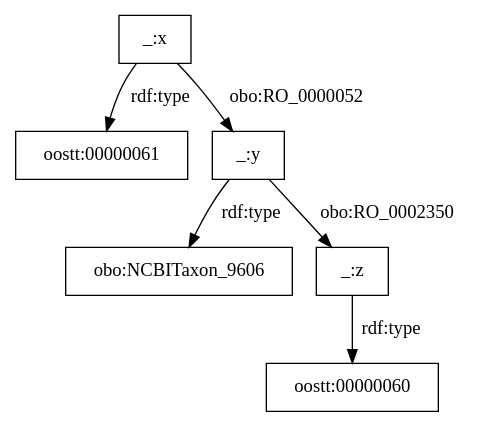
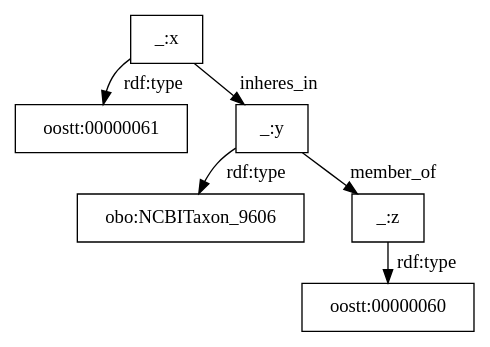
Before and after one commit to utecht/dideo-server: the diagram in cafe/graphs/9.dot, drawn with Graphviz. The commit also changed 19 other files, not shown here.

Commit message:
changed graph format, added more statements

```diff
--- a/cafe/graphs/9.dot
+++ b/cafe/graphs/9.dot
@@ -1,7 +1,8 @@
 digraph g { node [shape=rectangle];
+graph [splines=true, nodesep=.5, ranksep=0, overlap=false];
 "_:x" -> "oostt:00000061" [label="rdf:type"]
-"_:x" -> "_:y" [label="obo:RO_0000052"]
+"_:x" -> "_:y" [label="inheres_in"]
 "_:y" -> "obo:NCBITaxon_9606" [label="rdf:type"]
-"_:y" -> "_:z" [label="obo:RO_0002350"]
+"_:y" -> "_:z" [label="member_of"]
 "_:z" -> "oostt:00000060" [label="rdf:type"]
 }
```
